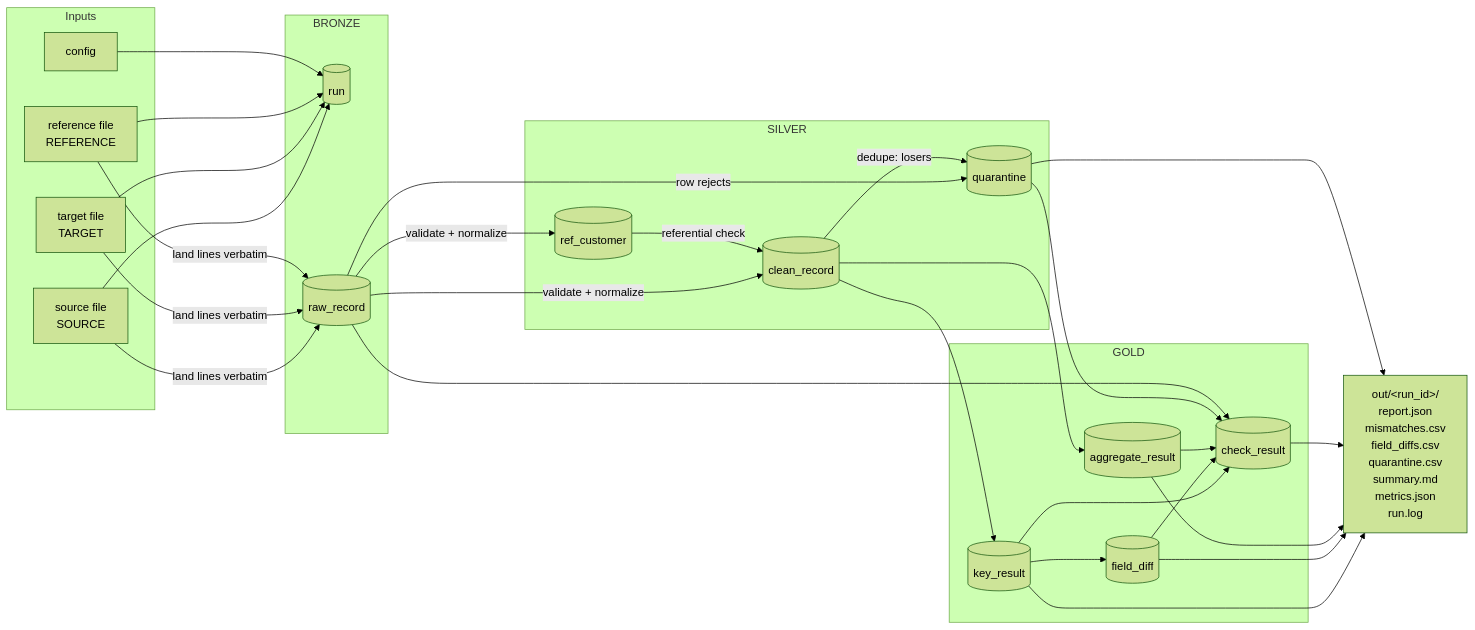
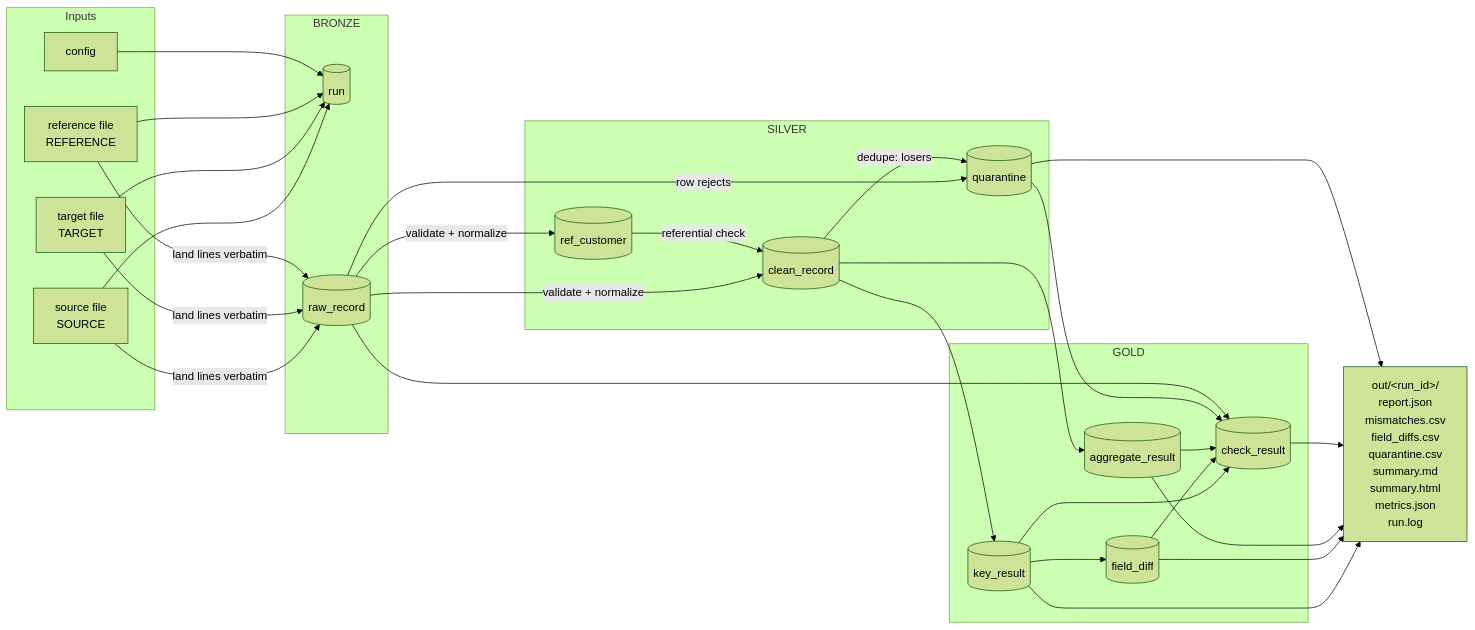
One commit to risri-odoo/recon-pipeline-dataEngineer-yotta changed the first of 2 diagrams in docs/DESIGN.md. Above: the diagram before and after it, drawn with Mermaid (forest theme). The commit also changed other lines of this file and 9 other files, not shown here.

Commit message:
summary.html dashboard + DESIGN/PERFORMANCE doc updates

````diff
--- a/docs/DESIGN.md
+++ b/docs/DESIGN.md
@@ -20,37 +20,37 @@
 ```mermaid
 flowchart LR
     subgraph IN[Inputs]
         S[source file<br/>SOURCE]
         T[target file<br/>TARGET]
         R[reference file<br/>REFERENCE]
         C[config]
     end
     subgraph B[BRONZE]
         RUN[(run)]
         RAW[(raw_record)]
     end
     subgraph SV[SILVER]
         CLEAN[(clean_record)]
         REF[(ref_customer)]
         Q[(quarantine)]
     end
     subgraph G[GOLD]
         KR[(key_result)]
         FD[(field_diff)]
         AR[(aggregate_result)]
         CR[(check_result)]
     end
-    OUT[out/&lt;run_id&gt;/<br/>report.json<br/>mismatches.csv<br/>field_diffs.csv<br/>quarantine.csv<br/>summary.md<br/>metrics.json<br/>run.log]
+    OUT[out/&lt;run_id&gt;/<br/>report.json<br/>mismatches.csv<br/>field_diffs.csv<br/>quarantine.csv<br/>summary.md<br/>summary.html<br/>metrics.json<br/>run.log]
 
     S & T & R & C --> RUN
     S & T & R -->|land lines verbatim| RAW
     RAW -->|validate + normalize| CLEAN
     RAW -->|validate + normalize| REF
     RAW -->|row rejects| Q
     CLEAN -->|dedupe: losers| Q
     REF -->|referential check| CLEAN
     CLEAN --> KR --> FD
     CLEAN --> AR
     KR & FD & AR & Q & RAW --> CR
     KR & FD & AR & CR & Q --> OUT
 ```
````
